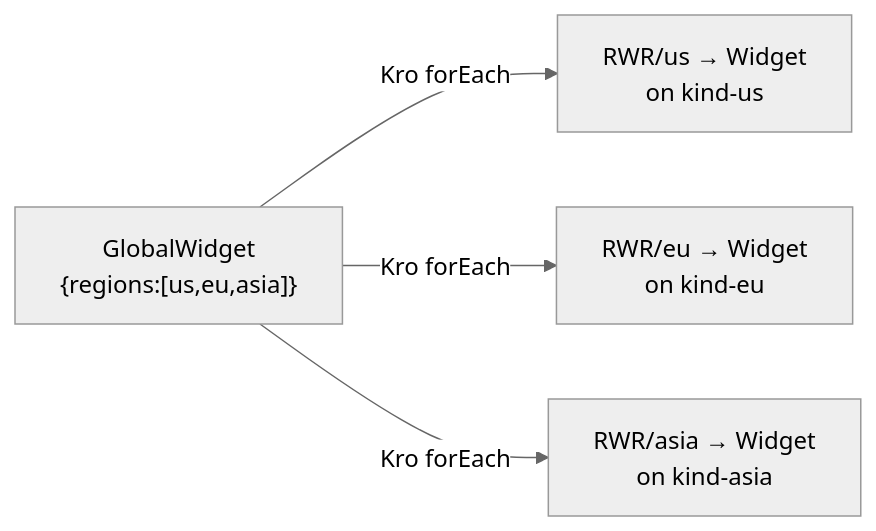
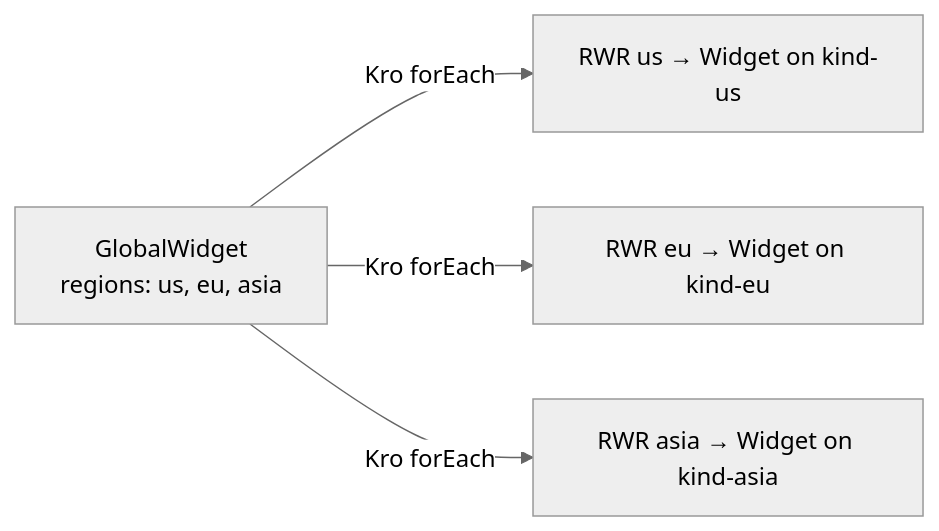
One commit to sojoner/kro-lab changed the first of 2 diagrams in docs/platform-mvp/99-extending-to-eu-asia.md. Above: the diagram before and after it, drawn with Mermaid (neutral theme). The commit also changed other lines of this file and 5 other files, not shown here.

````diff
--- a/docs/platform-mvp/99-extending-to-eu-asia.md
+++ b/docs/platform-mvp/99-extending-to-eu-asia.md
@@ -60,8 +5,6 @@
 ```mermaid
-graph LR
-    GW["GlobalWidget<br/>{regions:[us,eu,asia]}"]
-
-    GW -->|"Kro forEach"| RWR_US["RWR/us → Widget<br/>on kind-us"]
-    GW -->|"Kro forEach"| RWR_EU["RWR/eu → Widget<br/>on kind-eu"]
-    GW -->|"Kro forEach"| RWR_ASIA["RWR/asia → Widget<br/>on kind-asia"]
+flowchart LR
+    GW["GlobalWidget<br/>regions: us, eu, asia"] -->|"Kro forEach"| US["RWR us → Widget on kind-us"]
+    GW -->|"Kro forEach"| EU["RWR eu → Widget on kind-eu"]
+    GW -->|"Kro forEach"| AS["RWR asia → Widget on kind-asia"]
 ```
````
